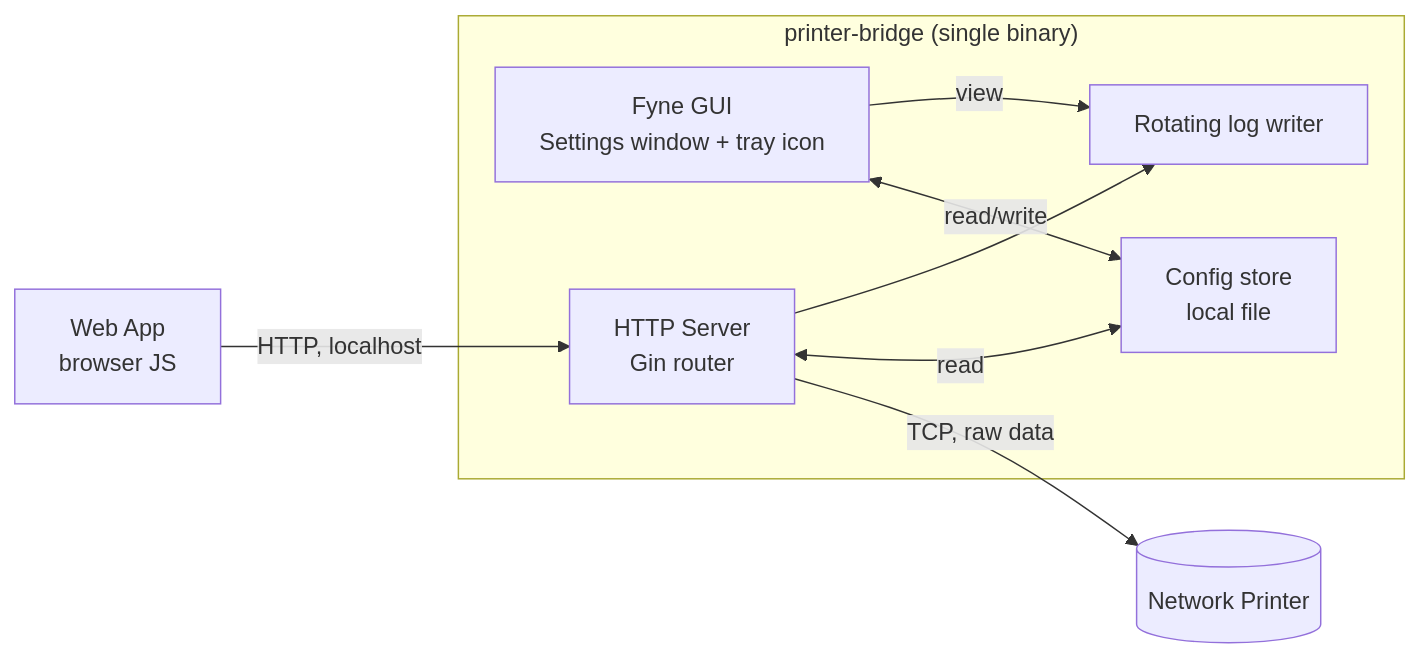
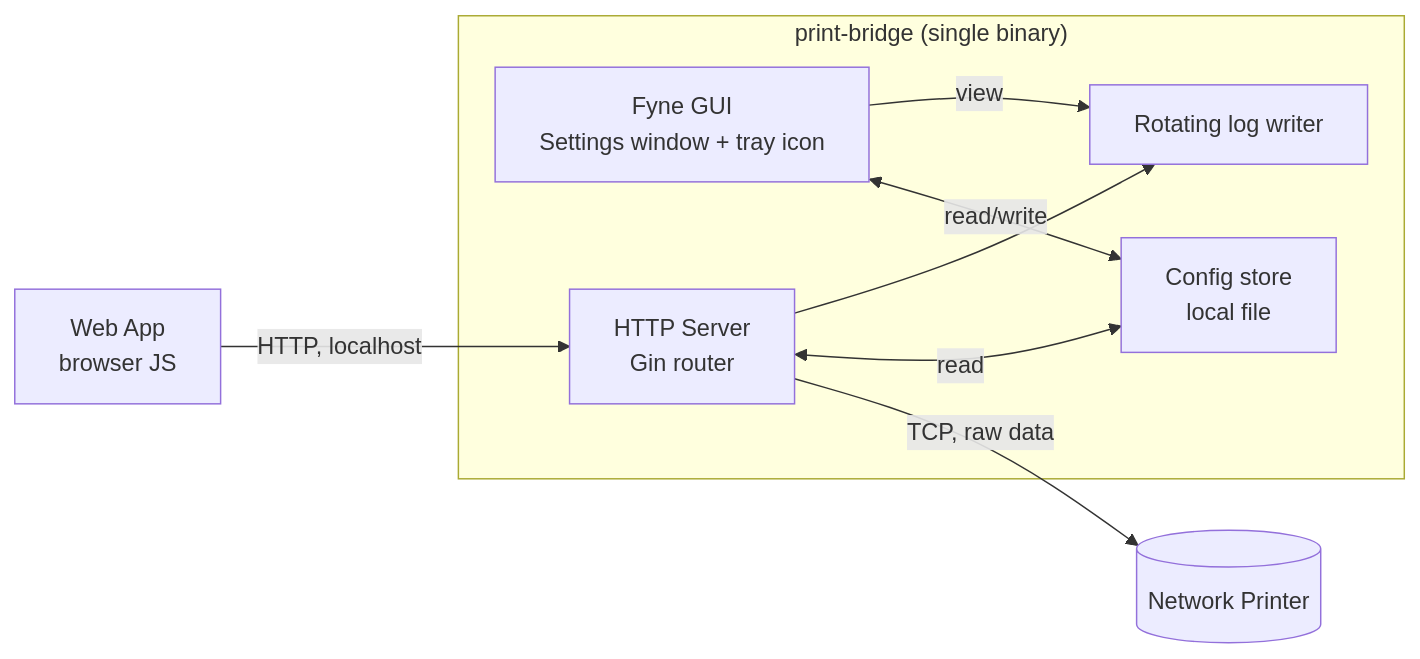
The diagram in DOCS/03-architecture/architecture-overview.md (JamesBolanos/print-bridge), drawn with Mermaid before and after one commit. The commit also changed other lines of this file and 34 other files, not shown here.

Commit message:
Fix macOS ad-hoc signing and rename consistent to print-bridge

````diff
--- a/DOCS/03-architecture/architecture-overview.md
+++ b/DOCS/03-architecture/architecture-overview.md
@@ -7,15 +7,15 @@
 ```mermaid
 flowchart LR
-    subgraph "printer-bridge (single binary)"
+    subgraph "print-bridge (single binary)"
         UI[Fyne GUI\nSettings window + tray icon]
         Core[HTTP Server\nGin router]
         Log[Rotating log writer]
         Cfg[Config store\nlocal file]
     end
     Web[Web App\nbrowser JS] -- HTTP, localhost --> Core
     Core -- TCP, raw data --> Printer[(Network Printer)]
     UI <-- read/write --> Cfg
     Core <-- read --> Cfg
     Core --> Log
     UI -- view --> Log
 ```
````
